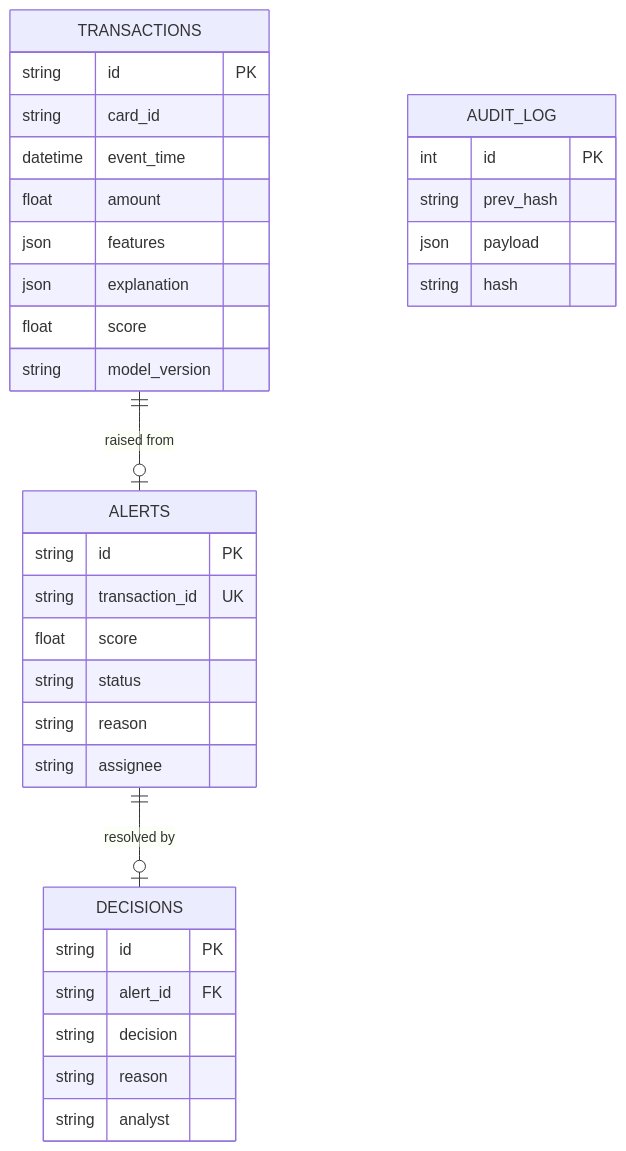
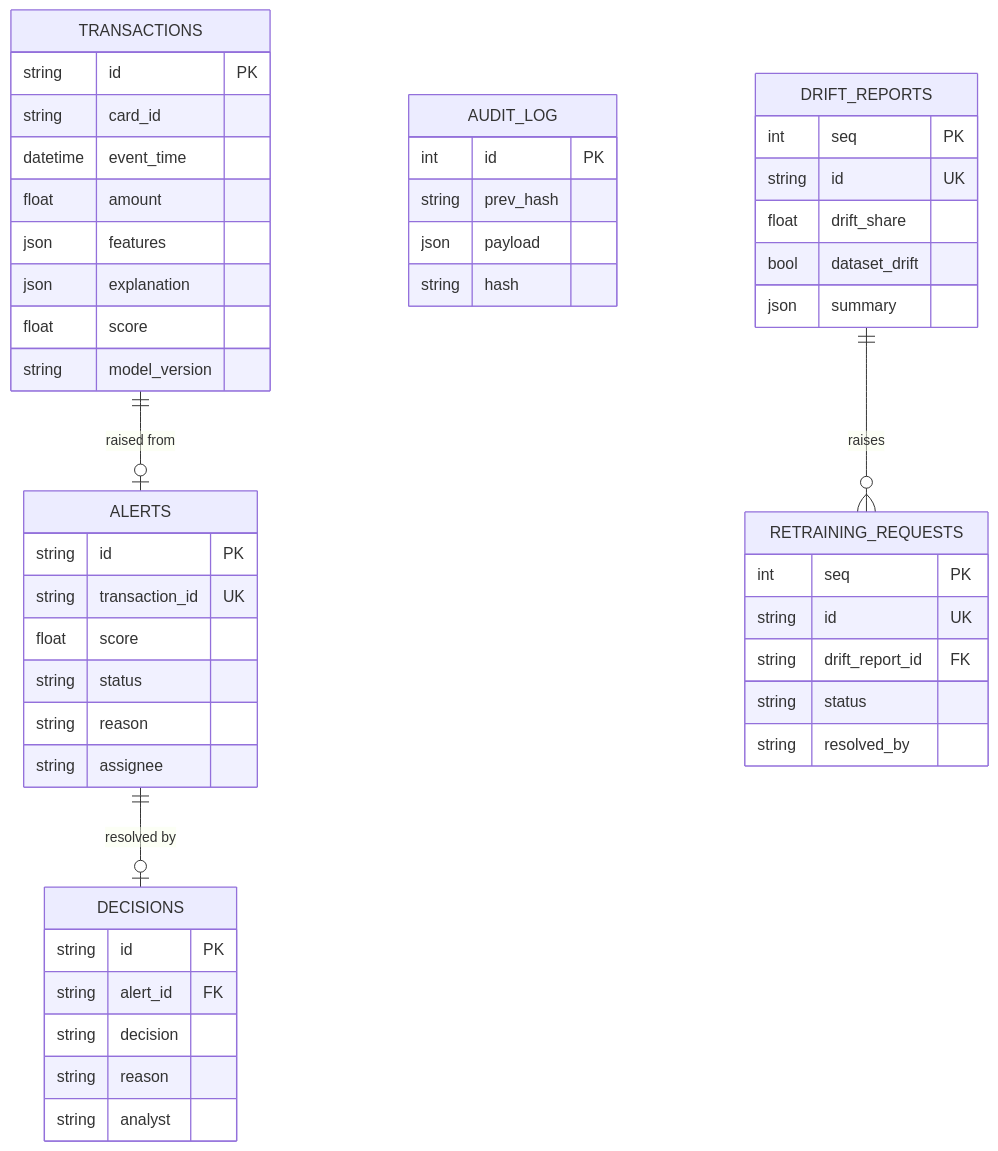
The third of 5 diagrams in docs/architecture.md (OmkarAla/nexvia), drawn with Mermaid before and after one commit. The commit also changed other lines of this file and 18 other files, not shown here.

````diff
--- a/docs/architecture.md
+++ b/docs/architecture.md
@@ -59,36 +59,51 @@
 ```mermaid
 erDiagram
     TRANSACTIONS ||--o| ALERTS : "raised from"
     ALERTS ||--o| DECISIONS : "resolved by"
     AUDIT_LOG {
         int id PK
         string prev_hash
         json payload
         string hash
     }
     TRANSACTIONS {
         string id PK
         string card_id
         datetime event_time
         float amount
         json features
         json explanation
         float score
         string model_version
     }
     ALERTS {
         string id PK
         string transaction_id UK
         float score
         string status
         string reason
         string assignee
     }
     DECISIONS {
         string id PK
         string alert_id FK
         string decision
         string reason
         string analyst
     }
+    DRIFT_REPORTS {
+        int seq PK
+        string id UK
+        float drift_share
+        bool dataset_drift
+        json summary
+    }
+    RETRAINING_REQUESTS {
+        int seq PK
+        string id UK
+        string drift_report_id FK
+        string status
+        string resolved_by
+    }
+    DRIFT_REPORTS ||--o{ RETRAINING_REQUESTS : "raises"
 ```
````
